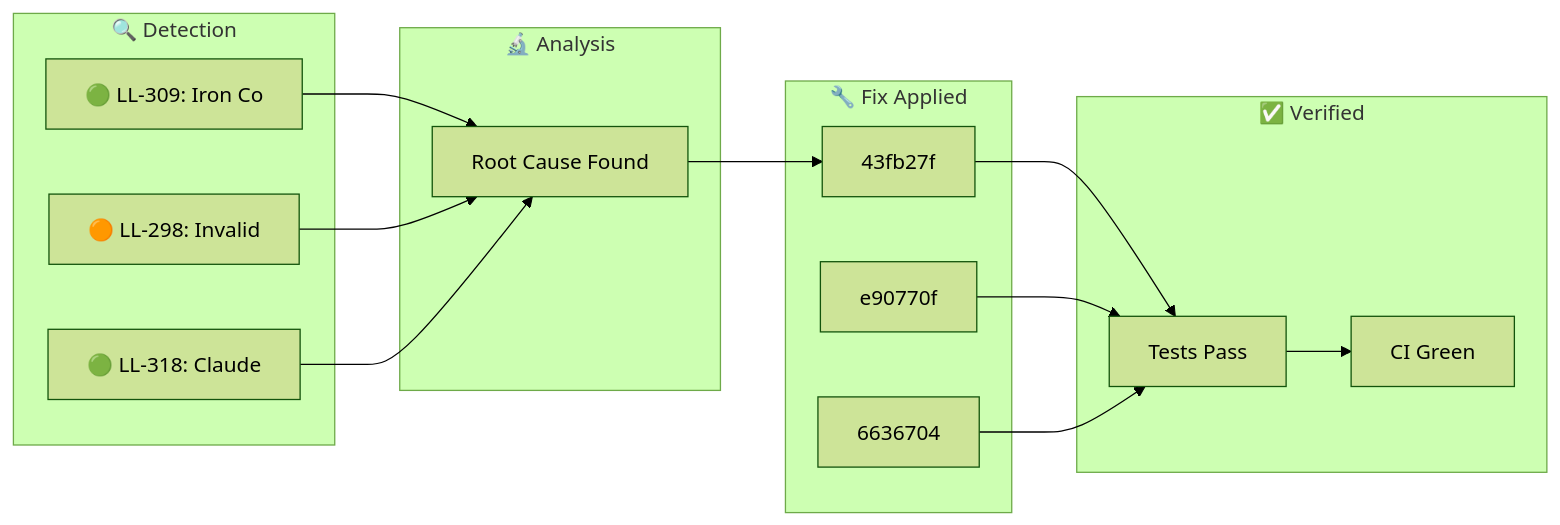
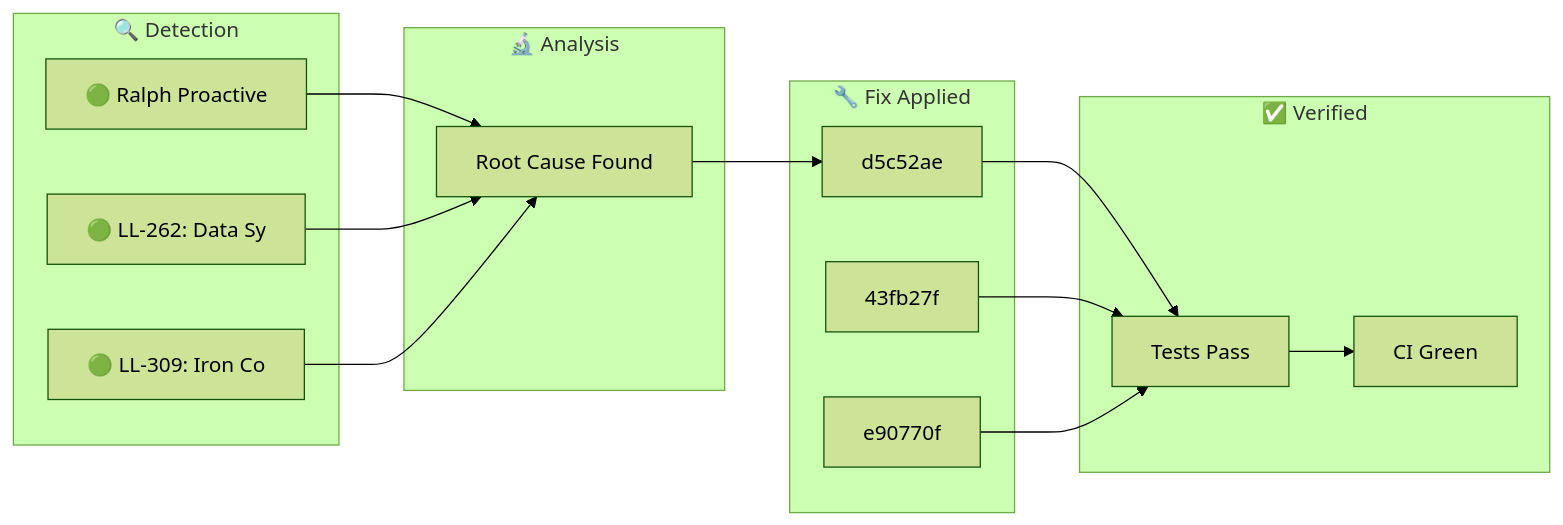
Before and after one commit to YoByron/trading: the diagram in docs/_posts/2026-01-29-ralph-discovery.md, drawn with Mermaid (forest theme). The commit also changed other lines of this file, not shown here.

Commit message:
docs(ralph): Auto-publish discovery blog post

````diff
--- a/docs/_posts/2026-01-29-ralph-discovery.md
+++ b/docs/_posts/2026-01-29-ralph-discovery.md
@@ -17,28 +17,28 @@
 ```mermaid
 flowchart LR
     subgraph Detection["🔍 Detection"]
-        D1["🟢 LL-309: Iron Co"]
-        D2["🟠 LL-298: Invalid"]
-        D3["🟢 LL-318: Claude "]
+        D1["🟢 Ralph Proactive"]
+        D2["🟢 LL-262: Data Sy"]
+        D3["🟢 LL-309: Iron Co"]
     end
     subgraph Analysis["🔬 Analysis"]
         A1["Root Cause Found"]
     end
     subgraph Fix["🔧 Fix Applied"]
-        F1["43fb27f"]
-        F2["e90770f"]
-        F3["6636704"]
+        F1["d5c52ae"]
+        F2["43fb27f"]
+        F3["e90770f"]
     end
     subgraph Verify["✅ Verified"]
         V1["Tests Pass"]
         V2["CI Green"]
     end
     D1 --> A1
     D2 --> A1
     D3 --> A1
     A1 --> F1
     F1 --> V1
     F2 --> V1
     F3 --> V1
     V1 --> V2
 ```
````
